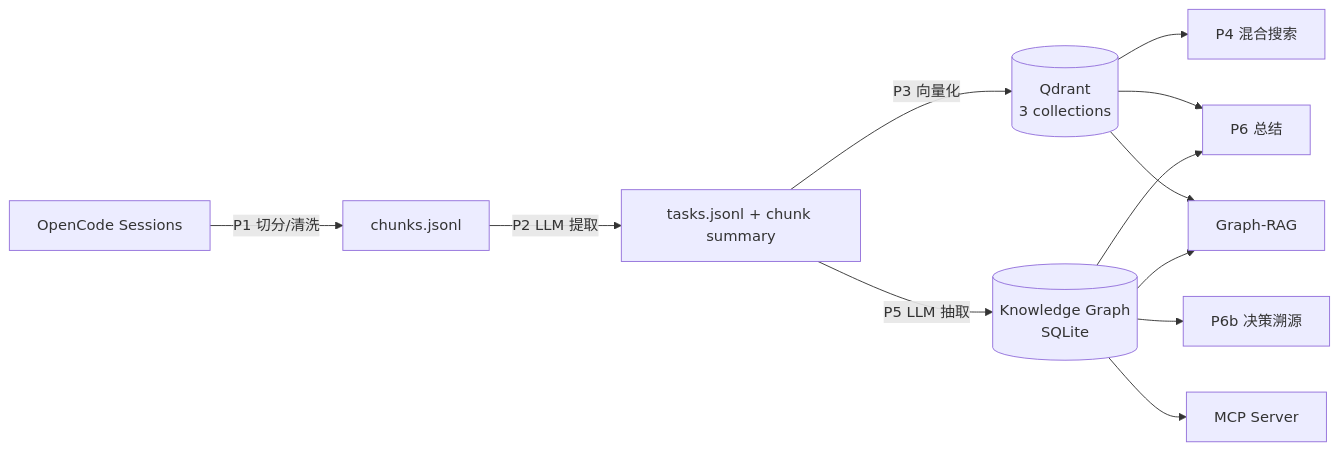
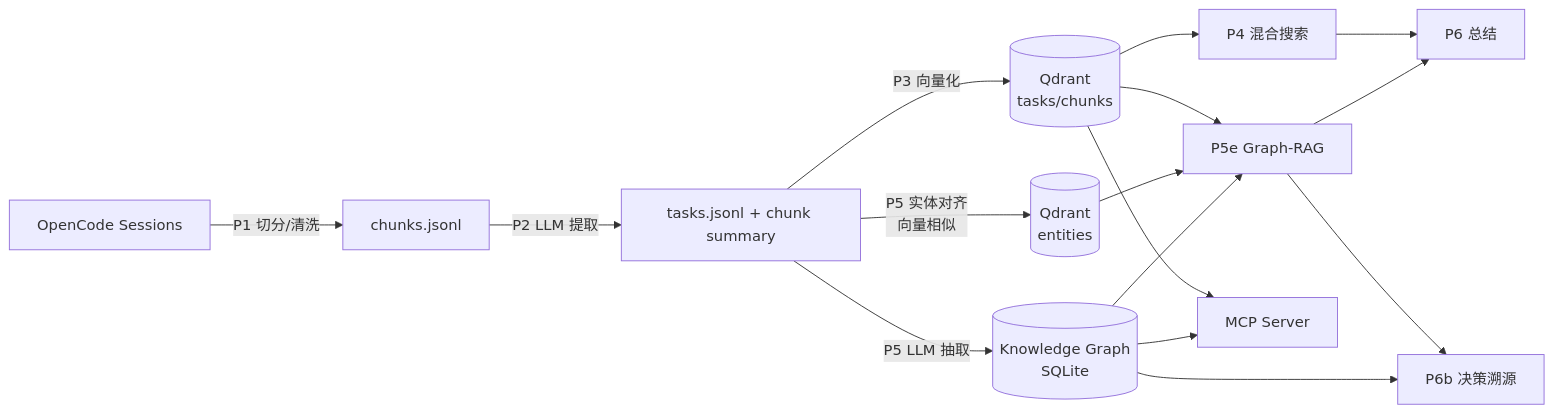
One commit to fdcp/oc-cortex changed the diagram in README.md. Above: the diagram before and after it, drawn with Mermaid. The commit also changed other lines of this file, not shown here.

Commit message:
docs(readme): update MCP tools to 10, fix architecture graph, refresh structure/config tables

````diff
--- a/README.md
+++ b/README.md
@@ -39,13 +39,17 @@
 ```mermaid
 graph LR
     A[OpenCode Sessions] -->|P1 切分/清洗| B[chunks.jsonl]
     B -->|P2 LLM 提取| C[tasks.jsonl + chunk summary]
-    C -->|P3 向量化| D[(Qdrant<br/>3 collections)]
+    C -->|P3 向量化| D[(Qdrant<br/>tasks/chunks)]
     C -->|P5 LLM 抽取| E[(Knowledge Graph<br/>SQLite)]
-    D --> F[P4 混合搜索]
-    D --> G[P6 总结]
-    E --> G
-    E --> H[P6b 决策溯源]
-    D & E --> I[Graph-RAG]
-    E --> J[MCP Server]
+    C -->|P5 实体对齐<br/>向量相似| F[(Qdrant<br/>entities)]
+    D --> G[P4 混合搜索]
+    D --> H[P5e Graph-RAG]
+    F --> H
+    E --> H
+    G --> I[P6 总结]
+    H --> I
+    H --> J[P6b 决策溯源]
+    E --> J
+    D & E --> K[MCP Server]
 ```
````
